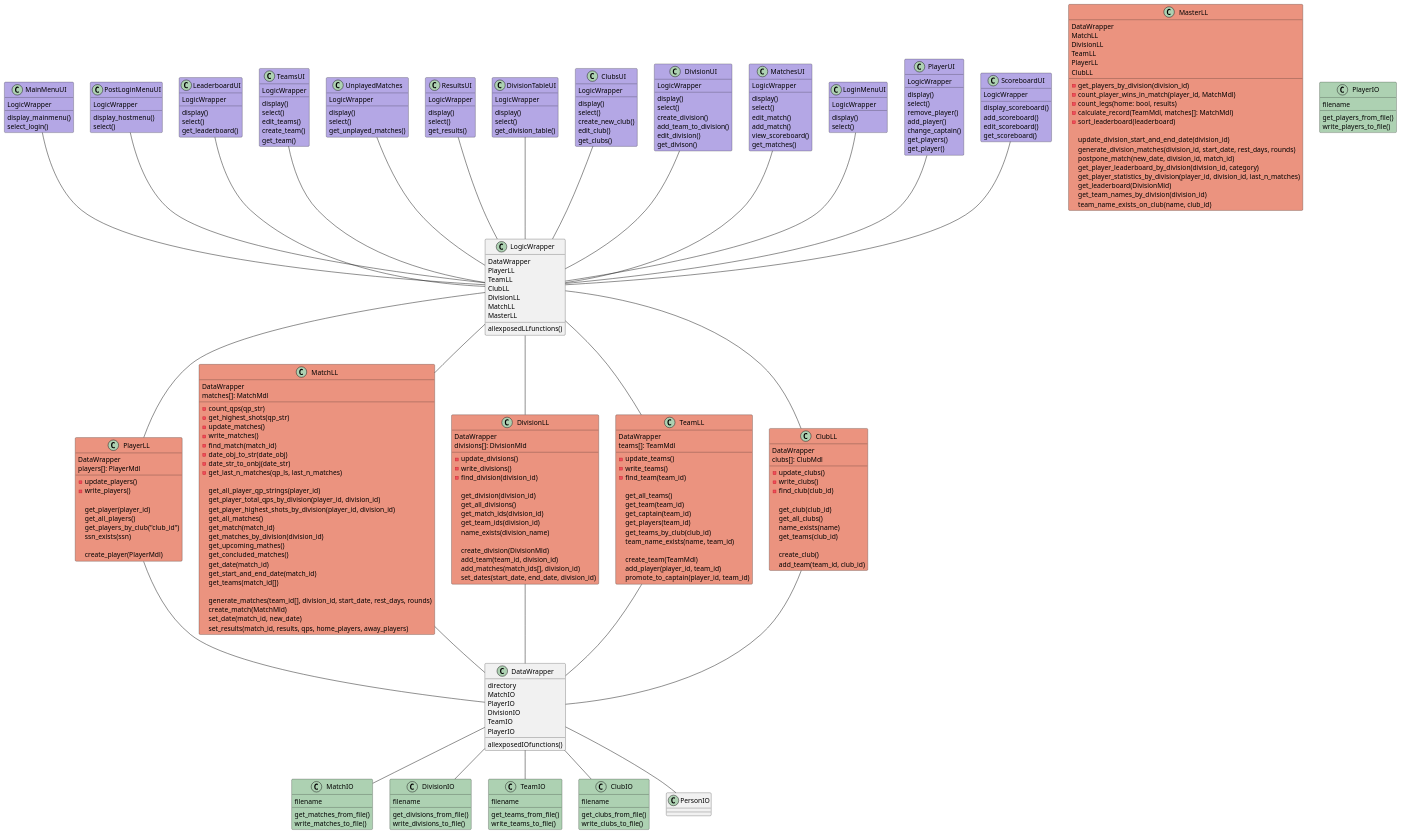
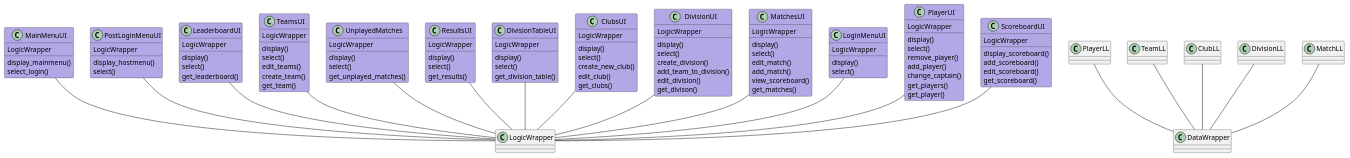
One commit to StankWizardLizard/VNL1-2022-HOPUR-28 changed the diagram in Honnun/ClassDiagram/three_layer_diagram.puml. Above: the diagram before and after it, drawn with PlantUML. The commit also changed 2 other files, not shown here.

Commit message:
splitting class diagrams

```diff
--- a/Honnun/ClassDiagram/three_layer_diagram.puml
+++ b/Honnun/ClassDiagram/three_layer_diagram.puml
@@ -93,149 +93,10 @@
     get_scoreboard()
 }
 
-class PlayerLL #EB937F{
-    DataWrapper
-    players[]: PlayerMdl
-
-    -update_players()
-    -write_players()
-
-    get_player(player_id)
-    get_all_players()
-    get_players_by_club("club_id")
-    ssn_exists(ssn)
-
-    create_player(PlayerMdl)
-}
-
-class MatchLL #EB937F{
-    DataWrapper
-    matches[]: MatchMdl
-
-    -count_qps(qp_str)
-    -get_highest_shots(qp_str)
-    -update_matches()
-    -write_matches()
-    -find_match(match_id)
-    -date_obj_to_str(date_obj)
-    -date_str_to_onbj(date_str)
-    -get_last_n_matches(qp_ls, last_n_matches)
-    
-    get_all_player_qp_strings(player_id)
-    get_player_total_qps_by_division(player_id, division_id)
-    get_player_highest_shots_by_division(player_id, division_id)
-    get_all_matches()
-    get_match(match_id)
-    get_matches_by_division(division_id)
-    get_upcoming_mathes()
-    get_concluded_matches()
-    get_date(match_id)
-    get_start_and_end_date(match_id)
-    get_teams(match_id[])
-
-    generate_matches(team_id[], division_id, start_date, rest_days, rounds)
-    create_match(MatchMld)
-    set_date(match_id, new_date)
-    set_results(match_id, results, qps, home_players, away_players)
-}
-
-class DivisionLL #EB937F {
-    DataWrapper
-    divisions[]: DivisionMld
-    
-    -update_divisions()
-    -write_divisions()
-    -find_division(division_id)
-
-    get_division(division_id)
-    get_all_divisions()
-    get_match_ids(division_id)
-    get_team_ids(division_id)
-    name_exists(division_name)
-
-    create_division(DivisionMld)
-    add_team(team_id, division_id)
-    add_matches(match_ids[], division_id)
-    set_dates(start_date, end_date, division_id)
-}
-
-class TeamLL #EB937F{
-    DataWrapper
-    teams[]: TeamMdl
-
-    -update_teams()
-    -write_teams()
-    -find_team(team_id)
-
-    get_all_teams()
-    get_team(team_id)
-    get_captain(team_id)
-    get_players(team_id)
-    get_teams_by_club(club_id)
-    team_name_exists(name, team_id)
-
-    create_team(TeamMdl)
-    add_player(player_id, team_id)
-    promote_to_captain(player_id, team_id)
-}
-
-class ClubLL #EB937F {
-    DataWrapper
-    clubs[]: ClubMdl
-
-    -update_clubs()
-    -write_clubs()
-    -find_club(club_id)
-
-    get_club(club_id)
-    get_all_clubs()
-    name_exists(name)
-    get_teams(club_id)
-
-    create_club()
-    add_team(team_id, club_id)
-}
-class MasterLL #EB937F {
-    DataWrapper
-    MatchLL
-    DivisionLL
-    TeamLL
-    PlayerLL
-    ClubLL
-
-    -get_players_by_division(division_id)
-    -count_player_wins_in_match(player_id, MatchMdl)
-    -count_legs(home: bool, results)
-    -calculate_record(TeamMdl, matches[]: MatchMdl)
-    -sort_leaderboard(leaderboard)
-
-    update_division_start_and_end_date(division_id)
-    generate_division_matches(division_id, start_date, rest_days, rounds)
-    postpone_match(new_date, division_id, match_id)
-    get_player_leaderboard_by_division(division_id, category)
-    get_player_statistics_by_division(player_id, division_id, last_n_matches)
-    get_leaderboard(DivisionMld)
-    get_team_names_by_division(division_id)
-    team_name_exists_on_club(name, club_id)
-}
-class LogicWrapper{
-    DataWrapper
-    PlayerLL
-    TeamLL
-    ClubLL
-    DivisionLL
-    MatchLL
-    MasterLL
-    allexposedLLfunctions()
-}
 
 
 
-LogicWrapper -- TeamLL
-LogicWrapper -- PlayerLL
-LogicWrapper -- ClubLL
-LogicWrapper -- DivisionLL
-LogicWrapper -- MatchLL
+
 
 MainMenuUI  --  LogicWrapper
 LeaderboardUI -- LogicWrapper
@@ -262,48 +123,6 @@
 /'
 Data layer
 '/
-class DataWrapper{
-    directory
-    MatchIO
-    PlayerIO
-    DivisionIO
-    TeamIO
-    PlayerIO
-    allexposedIOfunctions()
-}
 
-class PlayerIO #ADD1b2{
-    filename
-    get_players_from_file()
-    write_players_to_file()
-
-}
-class MatchIO #ADD1b2{
-    filename
-    get_matches_from_file()
-    write_matches_to_file()
-}
-class DivisionIO #ADD1b2{
-    filename
-    get_divisions_from_file()
-    write_divisions_to_file()
-}
-class TeamIO  #ADD1b2  {
-    filename
-    get_teams_from_file()
-    write_teams_to_file()
-}
-class ClubIO  #ADD1b2 {
-    filename
-    get_clubs_from_file()
-    write_clubs_to_file()
-
-}
-
-DataWrapper -- MatchIO
-DataWrapper -- PersonIO
-DataWrapper -- DivisionIO
-DataWrapper -- TeamIO
-DataWrapper -- ClubIO
 
 @enduml
```
